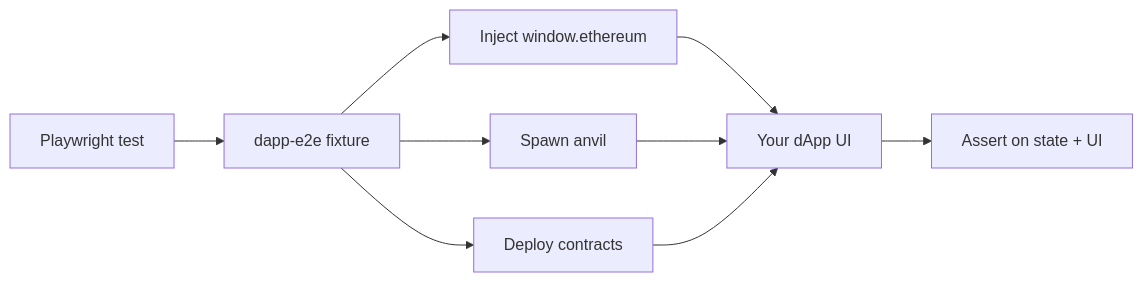
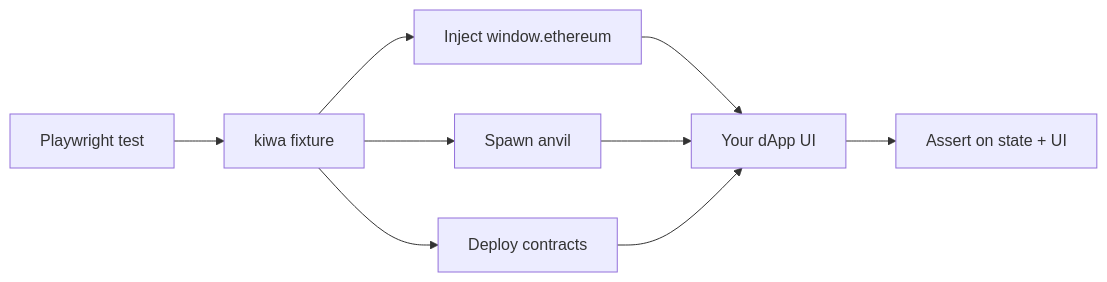
Before and after one commit to cardene777/kiwa: the diagram in README.ja.md, drawn with Mermaid. The commit also changed other lines of this file and 296 other files, not shown here.

First line of the commit message:
🎨 rebrand: dapp-e2e → kiwa 全面リネーム (npm / repo / docs / skill 4 つ)

````diff
--- a/README.ja.md
+++ b/README.ja.md
@@ -30,11 +30,11 @@
 ```mermaid
 graph LR
-    A[Playwright test] --> B[dapp-e2e fixture]
+    A[Playwright test] --> B[kiwa fixture]
     B --> C[Inject window.ethereum]
     B --> D[Spawn anvil]
     B --> E[Deploy contracts]
     C --> F[Your dApp UI]
     D --> F
     E --> F
     F --> G[Assert on state + UI]
 ```
````
